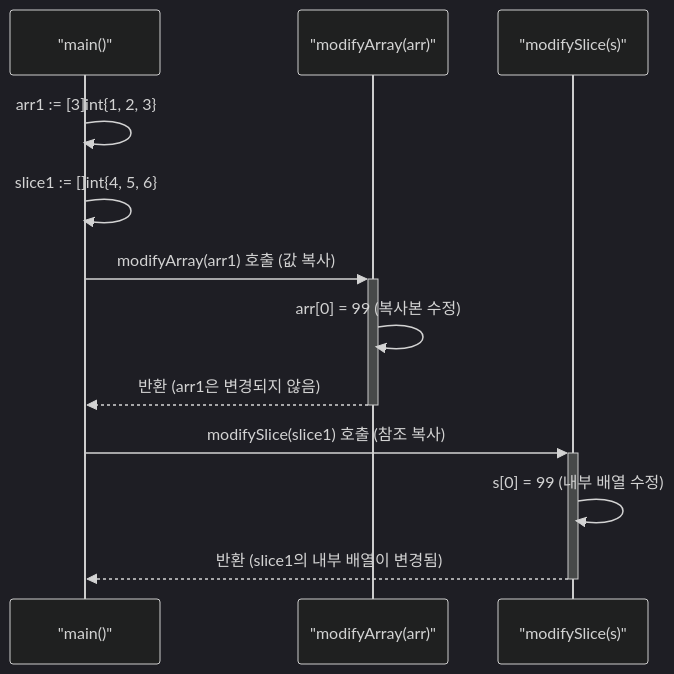
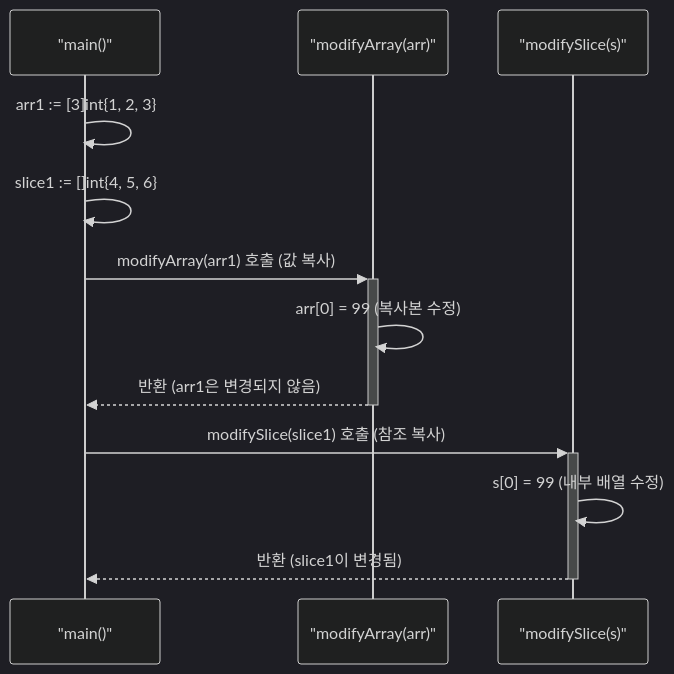
Before and after one commit to leekh4232/hossam-blog: the first of 2 diagrams in _posts/03.코딩/golang/2024-10-17-Go언어-컬렉션.md, drawn with Mermaid (dark theme).

Commit message:
update 2025-08-19 11:54:04.83

````diff
--- a/_posts/03.코딩/golang/2024-10-17-Go언어-컬렉션.md
+++ b/_posts/03.코딩/golang/2024-10-17-Go언어-컬렉션.md
@@ -78,16 +78,16 @@
 ```mermaid
 sequenceDiagram
     participant main as "main()"
     participant modifyArray as "modifyArray(arr)"
     participant modifySlice as "modifySlice(s)"
 
     main->>main: arr1 := [3]int{1, 2, 3}
     main->>main: slice1 := []int{4, 5, 6}
     main->>+modifyArray: modifyArray(arr1) 호출 (값 복사)
     modifyArray->>modifyArray: arr[0] = 99 (복사본 수정)
     modifyArray-->>-main: 반환 (arr1은 변경되지 않음)
 
     main->>+modifySlice: modifySlice(slice1) 호출 (참조 복사)
     modifySlice->>modifySlice: s[0] = 99 (내부 배열 수정)
-    modifySlice-->>-main: 반환 (slice1의 내부 배열이 변경됨)
+    modifySlice-->>-main: 반환 (slice1이 변경됨)
 ```
````
